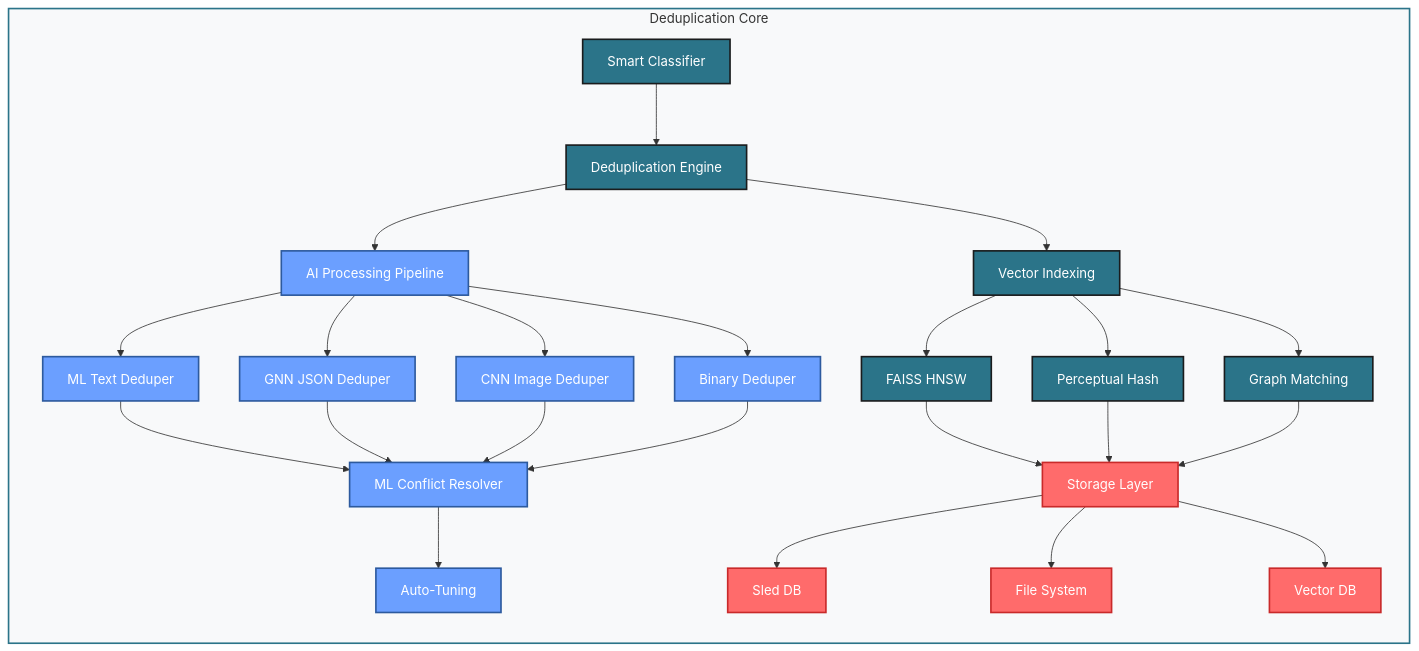
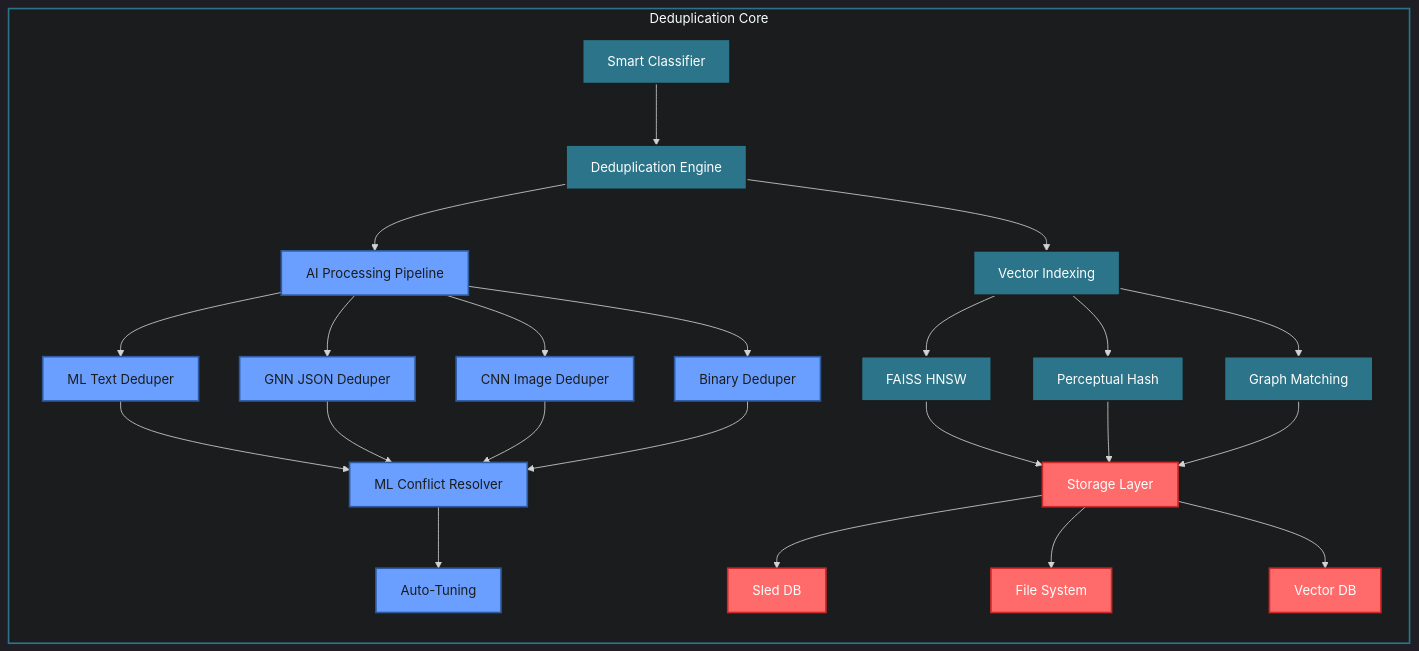
One commit to jermsam/jdeduplix changed the third of 3 diagrams in ReadMe.md. Above: the diagram before and after it, drawn with Mermaid. The commit also changed other lines of this file, not shown here.

Commit message:
broken down diagram for clarity

````diff
--- a/ReadMe.md
+++ b/ReadMe.md
@@ -82,39 +84,40 @@
 ```mermaid
+%%{init: {'theme': 'dark', 'themeVariables': { 'darkMode': true }}}%%
 flowchart TD
     classDef engine fill:#2b7489,stroke:#1a1c1d,stroke-width:2px,color:white
-    classDef ai fill:#6b9fff,stroke:#2d5a9e,stroke-width:2px,color:white
+    classDef ai fill:#6b9fff,stroke:#2d5a9e,stroke-width:2px,color:#1a1c1d
     classDef storage fill:#ff6b6b,stroke:#c92a2a,stroke-width:2px,color:white
 
     subgraph Core[Deduplication Core]
         direction TB
         A[Smart Classifier]:::engine
         B[Deduplication Engine]:::engine
         C[AI Processing Pipeline]:::ai
         D1[ML Text Deduper]:::ai
         D2[GNN JSON Deduper]:::ai
         D3[CNN Image Deduper]:::ai
         D4[Binary Deduper]:::ai
         E[ML Conflict Resolver]:::ai
         F[Auto-Tuning]:::ai
         G[Vector Indexing]:::engine
         H1[FAISS HNSW]:::engine
         H2[Perceptual Hash]:::engine
         H3[Graph Matching]:::engine
         I[Storage Layer]:::storage
         J1[Sled DB]:::storage
         J2[File System]:::storage
         J3[Vector DB]:::storage
         
         A --> B
         B --> C
         C --> D1 & D2 & D3 & D4
         D1 & D2 & D3 & D4 --> E
         E --> F
         B --> G
         G --> H1 & H2 & H3
         H1 & H2 & H3 --> I
         I --> J1 & J2 & J3
     end
 
-    style Core fill:#f8f9fa,stroke:#2b7489,stroke-width:2px
+    style Core fill:#1a1c1d,stroke:#2b7489,stroke-width:2px
 ```
````
